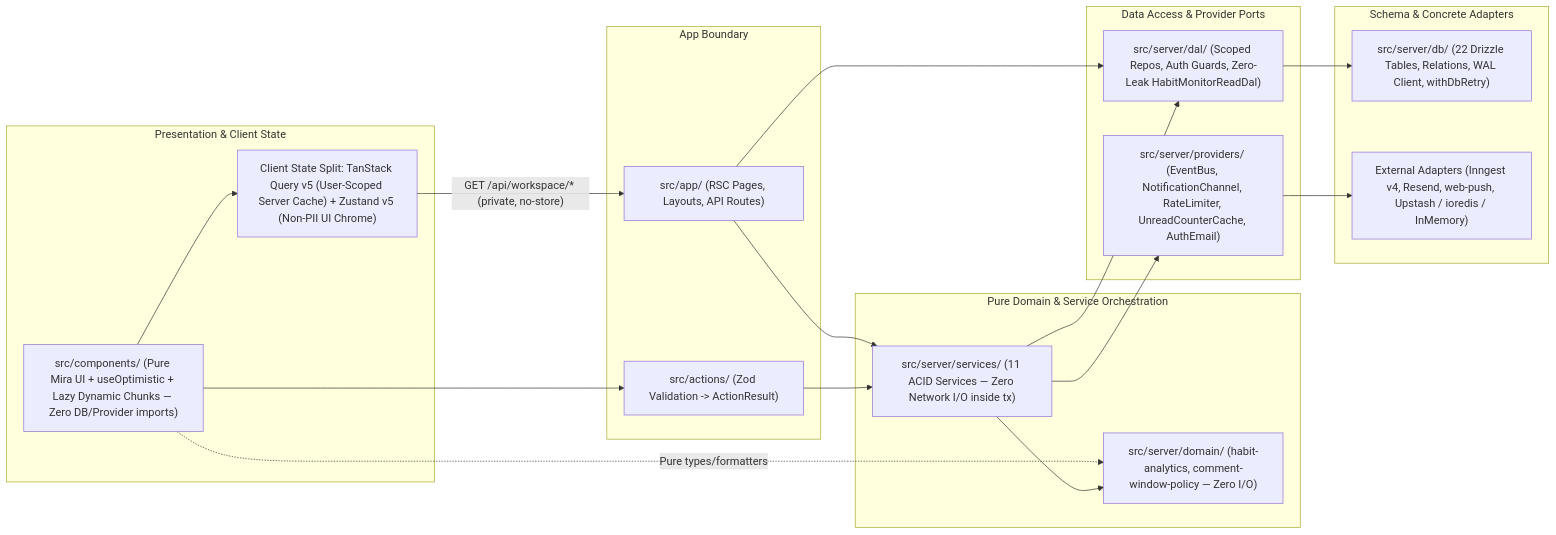
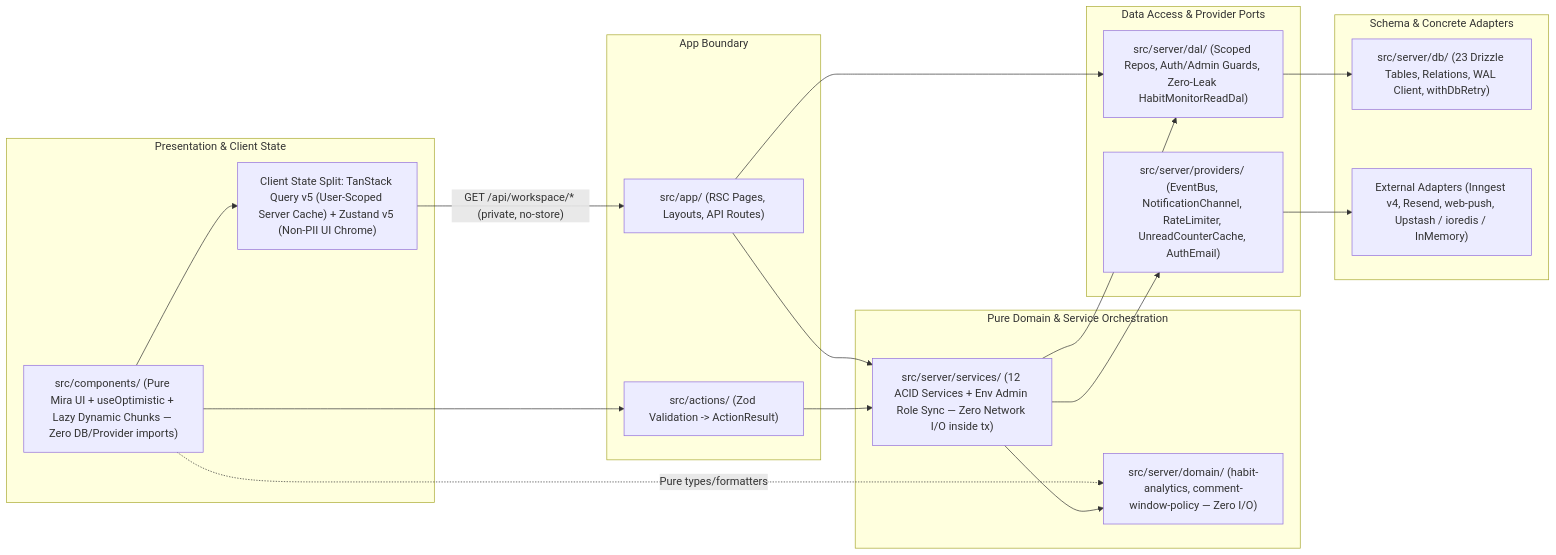
One commit to Marvin-MM/folio_tracker changed the second of 11 diagrams in docs/ARCHITECTURE.md. Above: the diagram before and after it, drawn with Mermaid. The commit also changed other lines of this file and 39 other files, not shown here.

Commit message:
feat(admin): add env-synced Admin Portal, health/KPIs/audits, and unified ActivityTimeline flows

````diff
--- a/docs/ARCHITECTURE.md
+++ b/docs/ARCHITECTURE.md
@@ -75,40 +75,40 @@
 ```mermaid
 flowchart LR
   subgraph Presentation["Presentation & Client State"]
     COMP["src/components/ (Pure Mira UI + useOptimistic + Lazy Dynamic Chunks — Zero DB/Provider imports)"]
     STATE["Client State Split: TanStack Query v5 (User-Scoped Server Cache) + Zustand v5 (Non-PII UI Chrome)"]
   end
 
   subgraph Boundary["App Boundary"]
     APP["src/app/ (RSC Pages, Layouts, API Routes)"]
     ACTS["src/actions/ (Zod Validation -> ActionResult)"]
   end
 
   subgraph Domain["Pure Domain & Service Orchestration"]
     PURE["src/server/domain/ (habit-analytics, comment-window-policy — Zero I/O)"]
-    SVCS["src/server/services/ (11 ACID Services — Zero Network I/O inside tx)"]
+    SVCS["src/server/services/ (12 ACID Services + Env Admin Role Sync — Zero Network I/O inside tx)"]
   end
 
   subgraph DataAndPorts["Data Access & Provider Ports"]
-    DALS["src/server/dal/ (Scoped Repos, Auth Guards, Zero-Leak HabitMonitorReadDal)"]
+    DALS["src/server/dal/ (Scoped Repos, Auth/Admin Guards, Zero-Leak HabitMonitorReadDal)"]
     PORTS["src/server/providers/ (EventBus, NotificationChannel, RateLimiter, UnreadCounterCache, AuthEmail)"]
   end
 
   subgraph Foundations["Schema & Concrete Adapters"]
-    SCHEMA["src/server/db/ (22 Drizzle Tables, Relations, WAL Client, withDbRetry)"]
+    SCHEMA["src/server/db/ (23 Drizzle Tables, Relations, WAL Client, withDbRetry)"]
     ADAPT["External Adapters (Inngest v4, Resend, web-push, Upstash / ioredis / InMemory)"]
   end
 
   COMP --> STATE
   STATE -->|"GET /api/workspace/* (private, no-store)"| APP
   COMP --> ACTS
   COMP -.->|"Pure types/formatters"| PURE
   APP --> DALS
   APP --> SVCS
   ACTS --> SVCS
   SVCS --> PURE
   SVCS --> DALS
   SVCS --> PORTS
   DALS --> SCHEMA
   PORTS --> ADAPT
 ```
````
